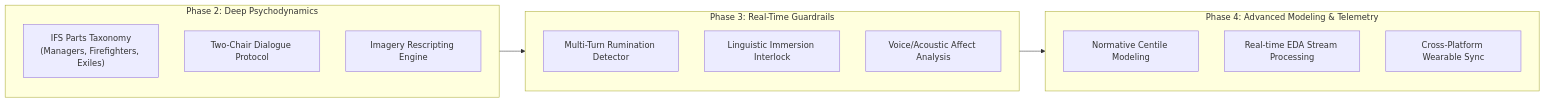
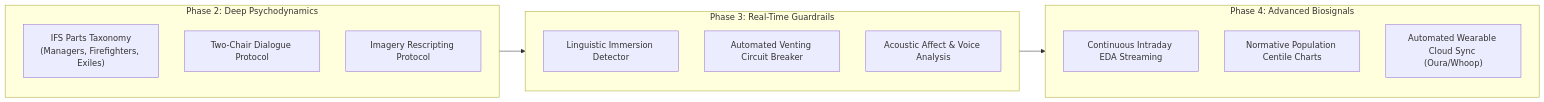
The second of 2 diagrams in Plan/PLAN.md (alenils/TheOverthinkers), drawn with Mermaid before and after one commit. The commit also changed other lines of this file, not shown here.

````diff
--- a/Plan/PLAN.md
+++ b/Plan/PLAN.md
@@ -111,22 +216,22 @@
 ```mermaid
 flowchart LR
     subgraph Phase2["Phase 2: Deep Psychodynamics"]
         P2A["IFS Parts Taxonomy<br/>(Managers, Firefighters, Exiles)"]
         P2B["Two-Chair Dialogue Protocol"]
-        P2C["Imagery Rescripting Engine"]
+        P2C["Imagery Rescripting Protocol"]
     end
 
     subgraph Phase3["Phase 3: Real-Time Guardrails"]
-        P3A["Multi-Turn Rumination Detector"]
-        P3B["Linguistic Immersion Interlock"]
-        P3C["Voice/Acoustic Affect Analysis"]
+        P3A["Linguistic Immersion Detector"]
+        P3B["Automated Venting Circuit Breaker"]
+        P3C["Acoustic Affect & Voice Analysis"]
     end
 
-    subgraph Phase4["Phase 4: Advanced Modeling & Telemetry"]
-        P4A["Normative Centile Modeling"]
-        P4B["Real-time EDA Stream Processing"]
-        P4C["Cross-Platform Wearable Sync"]
+    subgraph Phase4["Phase 4: Advanced Biosignals"]
+        P4A["Continuous Intraday EDA Streaming"]
+        P4B["Normative Population Centile Charts"]
+        P4C["Automated Wearable Cloud Sync (Oura/Whoop)"]
     end
 
     Phase2 --> Phase3 --> Phase4
 ```
````
